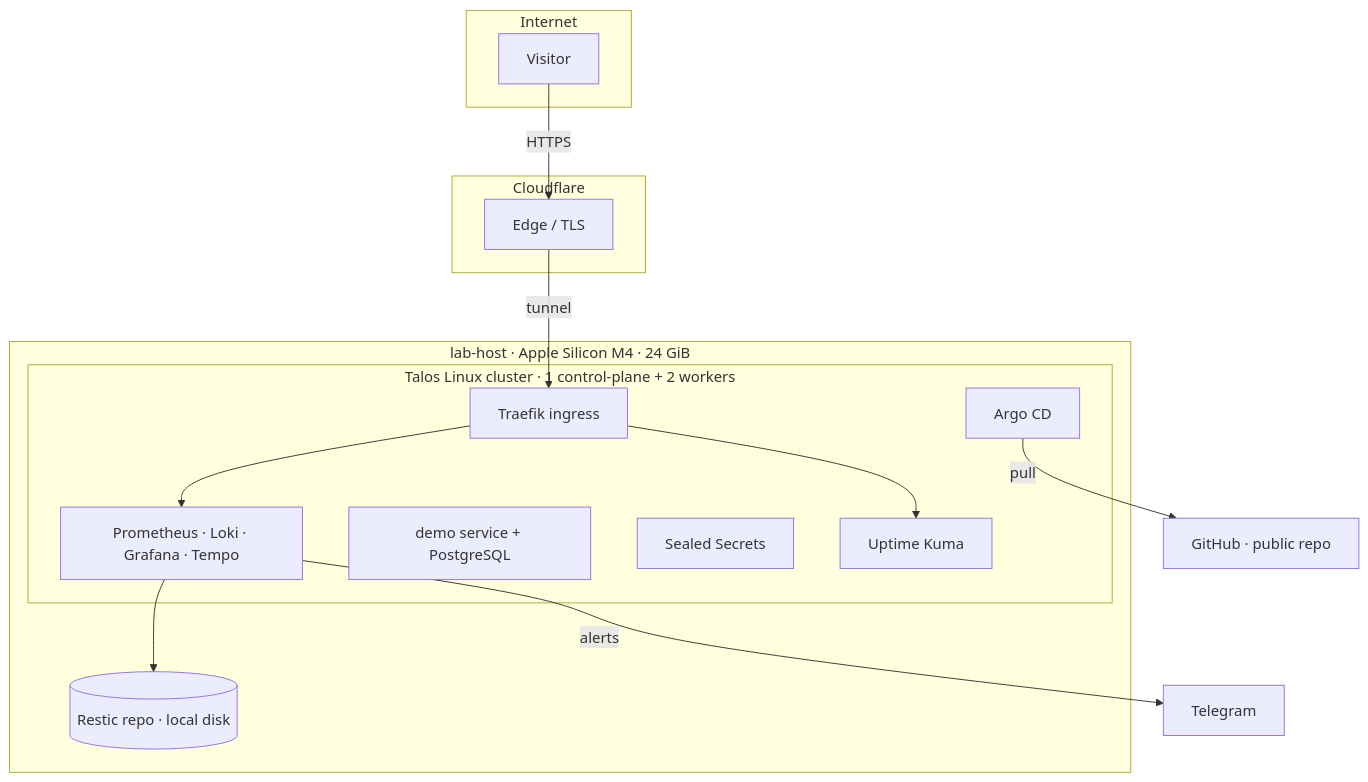
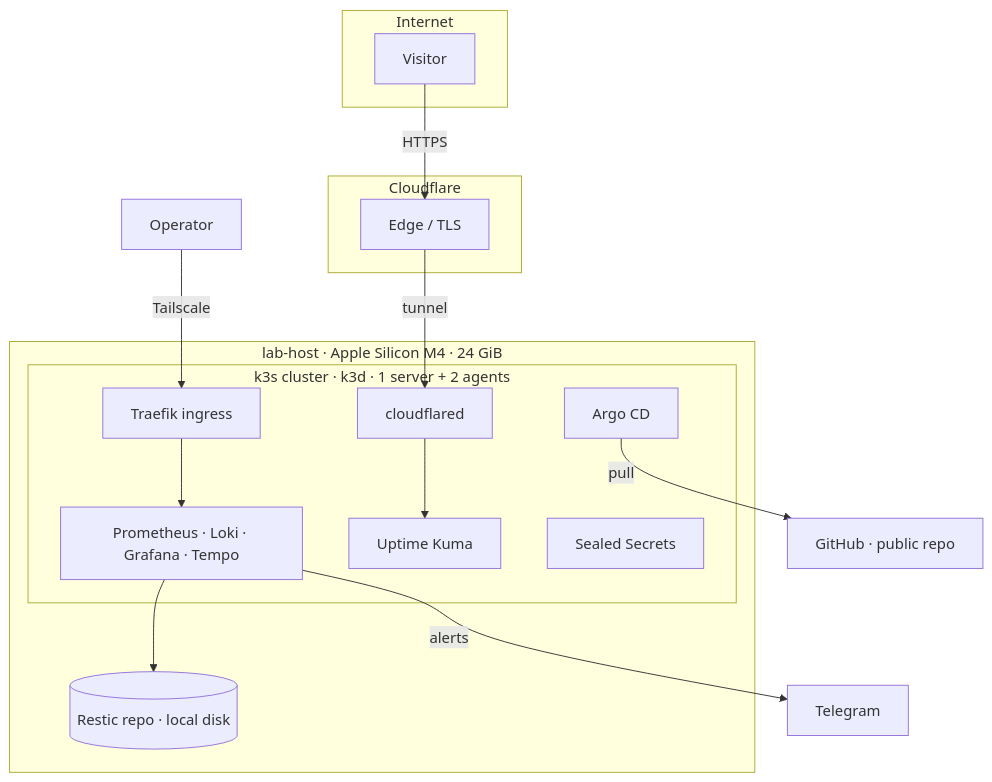
The diagram in docs/architecture/diagrams/architecture.mmd (avramukk/homelab), drawn with Mermaid before and after one commit. The commit also changed 12 other files, not shown here.

First line of the commit message:
feat(security): keep Grafana private; publish only the status page

```diff
--- a/docs/architecture/diagrams/architecture.mmd
+++ b/docs/architecture/diagrams/architecture.mmd
@@ -1,31 +1,37 @@
 flowchart TB
   subgraph internet [Internet]
     visitor[Visitor]
   end
 
   subgraph cf [Cloudflare]
     edge[Edge / TLS]
   end
 
   subgraph host [lab-host · Apple Silicon M4 · 24 GiB]
-    subgraph talos [Talos Linux cluster · 1 control-plane + 2 workers]
+    subgraph k3s [k3s cluster · k3d · 1 server + 2 agents]
       traefik[Traefik ingress]
       argo[Argo CD]
       obs[Prometheus · Loki · Grafana · Tempo]
-      demo[demo service + PostgreSQL]
+      kuma[Uptime Kuma]
       sealed[Sealed Secrets]
-      kuma[Uptime Kuma]
+      cfd[cloudflared]
     end
     restic[(Restic repo · local disk)]
   end
 
   gh[GitHub · public repo]
   tg[Telegram]
+  op[Operator]
 
+  %% Public: status page only
   visitor -->|HTTPS| edge
-  edge -->|tunnel| traefik
+  edge -->|tunnel| cfd
+  cfd --> kuma
+
+  %% Private: operator over Tailscale
+  op -->|Tailscale| traefik
   traefik --> obs
-  traefik --> kuma
+
   argo -->|pull| gh
   obs --> restic
   obs -->|alerts| tg
```
